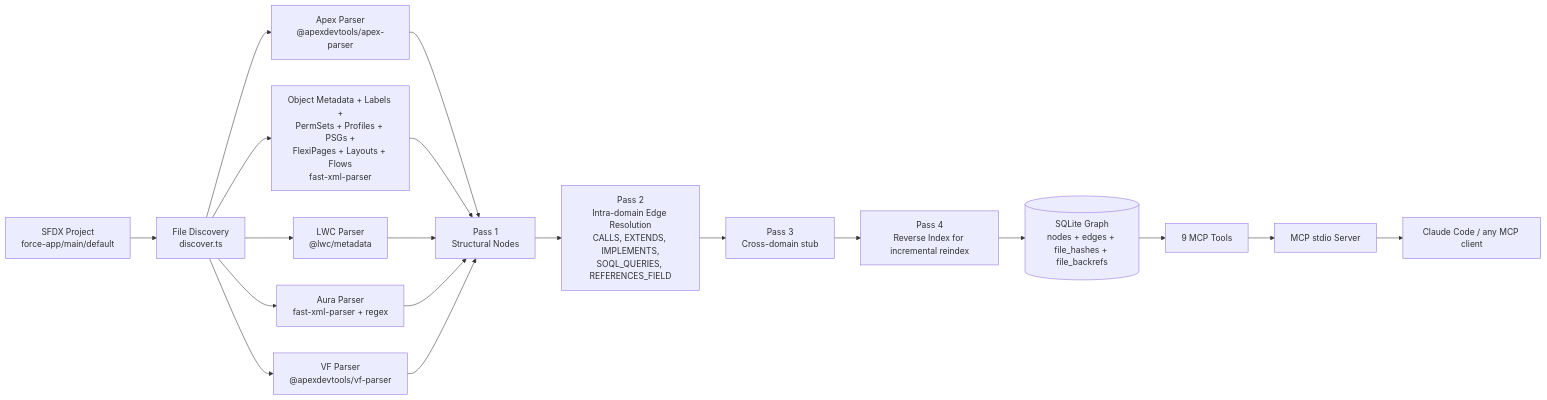
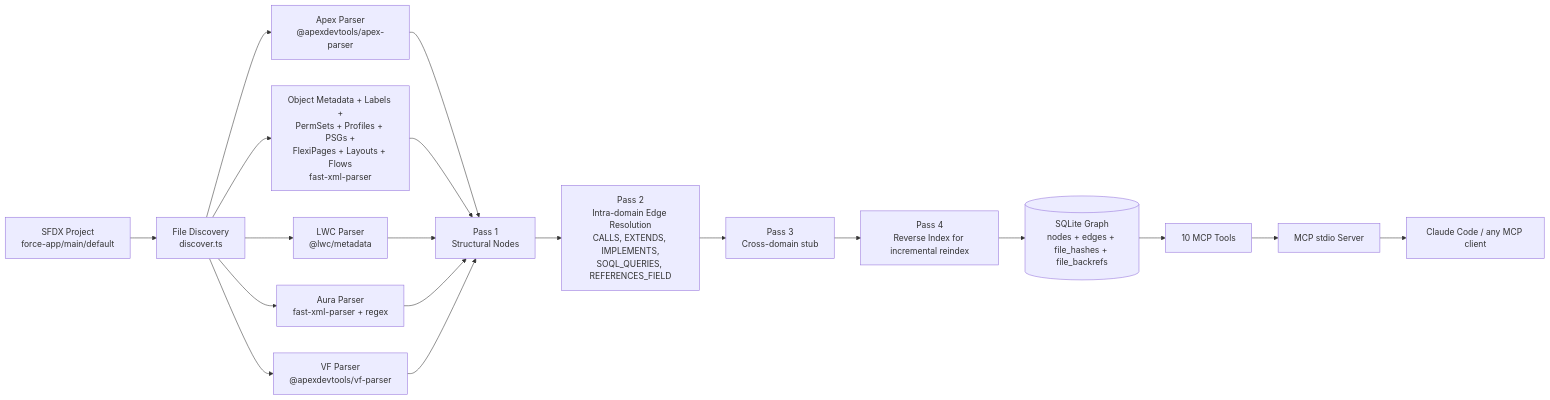
The first of 2 diagrams in README.md (Marceswan/Spindle), drawn with Mermaid before and after one commit. The commit also changed other lines of this file, not shown here.

````diff
--- a/README.md
+++ b/README.md
@@ -213,26 +223,26 @@
 ```mermaid
 graph LR
     SFDX[SFDX Project<br/>force-app/main/default] --> Disc[File Discovery<br/>discover.ts]
 
     Disc --> Apex[Apex Parser<br/>@apexdevtools/apex-parser]
     Disc --> Meta[Object Metadata + Labels +<br/>PermSets + Profiles + PSGs +<br/>FlexiPages + Layouts + Flows<br/>fast-xml-parser]
     Disc --> LWC[LWC Parser<br/>@lwc/metadata]
     Disc --> Aura[Aura Parser<br/>fast-xml-parser + regex]
     Disc --> VF[VF Parser<br/>@apexdevtools/vf-parser]
 
     Apex --> P1[Pass 1<br/>Structural Nodes]
     Meta --> P1
     LWC --> P1
     Aura --> P1
     VF --> P1
 
     P1 --> P2[Pass 2<br/>Intra-domain Edge Resolution<br/>CALLS, EXTENDS, IMPLEMENTS,<br/>SOQL_QUERIES, REFERENCES_FIELD]
     P2 --> P3[Pass 3<br/>Cross-domain stub]
     P3 --> P4[Pass 4<br/>Reverse Index for incremental reindex]
 
     P4 --> DB[(SQLite Graph<br/>nodes + edges + file_hashes + file_backrefs)]
 
-    DB --> Tools[9 MCP Tools]
+    DB --> Tools[10 MCP Tools]
     Tools --> MCP[MCP stdio Server]
     MCP --> Claude[Claude Code / any MCP client]
 ```
````
